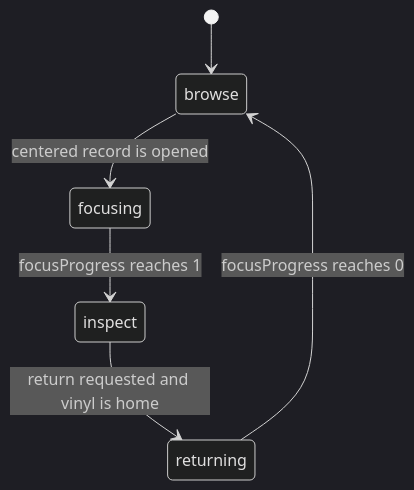
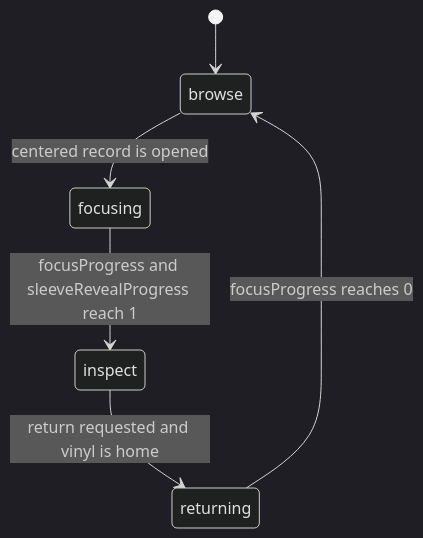
The first of 4 diagrams in docs/animation-system/README.md (mintdotgg/bookshelf), drawn with Mermaid (dark theme) before and after one commit. The commit also changed other lines of this file and 7 other files, not shown here.

````diff
--- a/docs/animation-system/README.md
+++ b/docs/animation-system/README.md
@@ -113,8 +114,8 @@
 ```mermaid
 stateDiagram-v2
     [*] --> browse
     browse --> focusing: centered record is opened
-    focusing --> inspect: focusProgress reaches 1
+    focusing --> inspect: focusProgress and sleeveRevealProgress reach 1
     inspect --> returning: return requested and vinyl is home
     returning --> browse: focusProgress reaches 0
 ```
````
